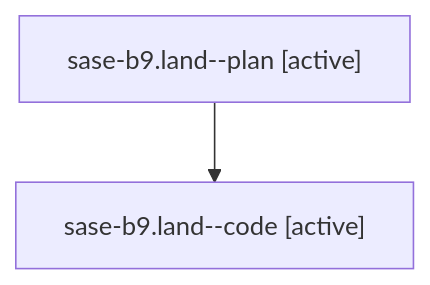
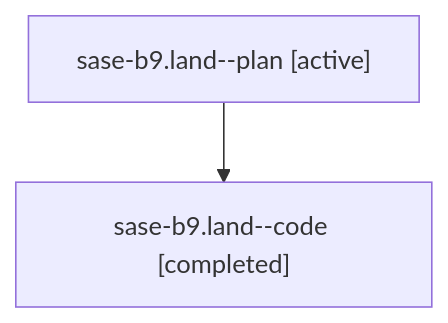
The diagram in families/bbugyi200.athena.sase-b9.land.md (sase-org/sase--agents), drawn with Mermaid before and after one commit. The commit also changed other lines of this file and 5813 other files, not shown here.

````diff
--- a/families/bbugyi200.athena.sase-b9.land.md
+++ b/families/bbugyi200.athena.sase-b9.land.md
@@ -9,6 +9,6 @@
 ```mermaid
 flowchart TD
   n0["sase-b9.land--plan [active]"]
-  n1["sase-b9.land--code [active]"]
+  n1["sase-b9.land--code [completed]"]
   n0 --> n1
 ```
````
